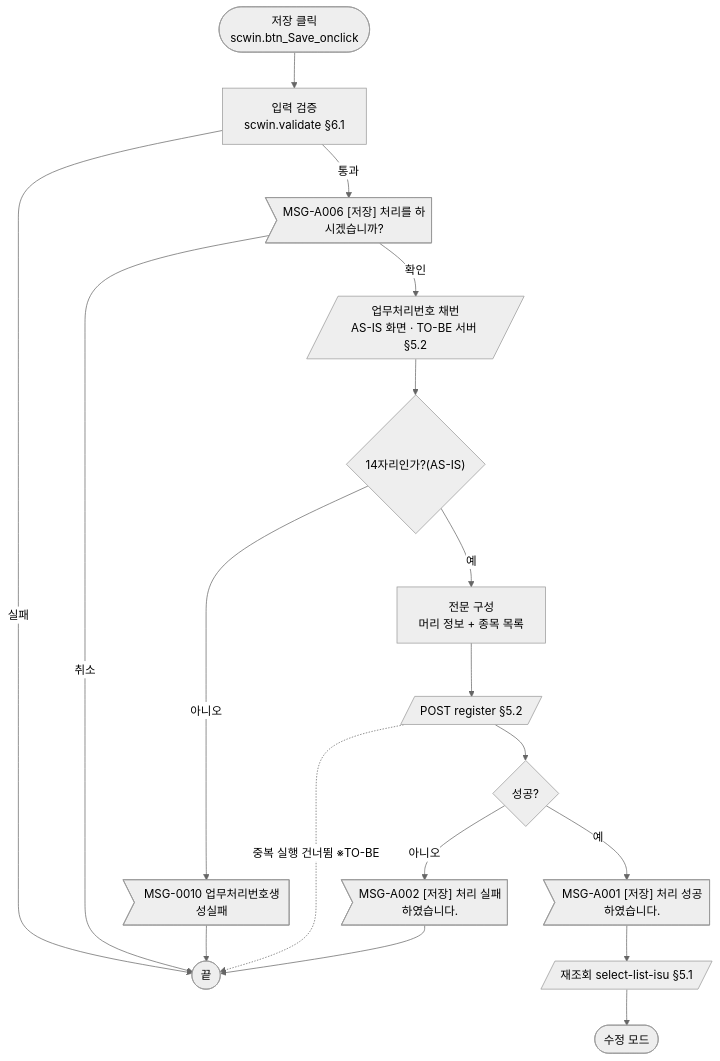
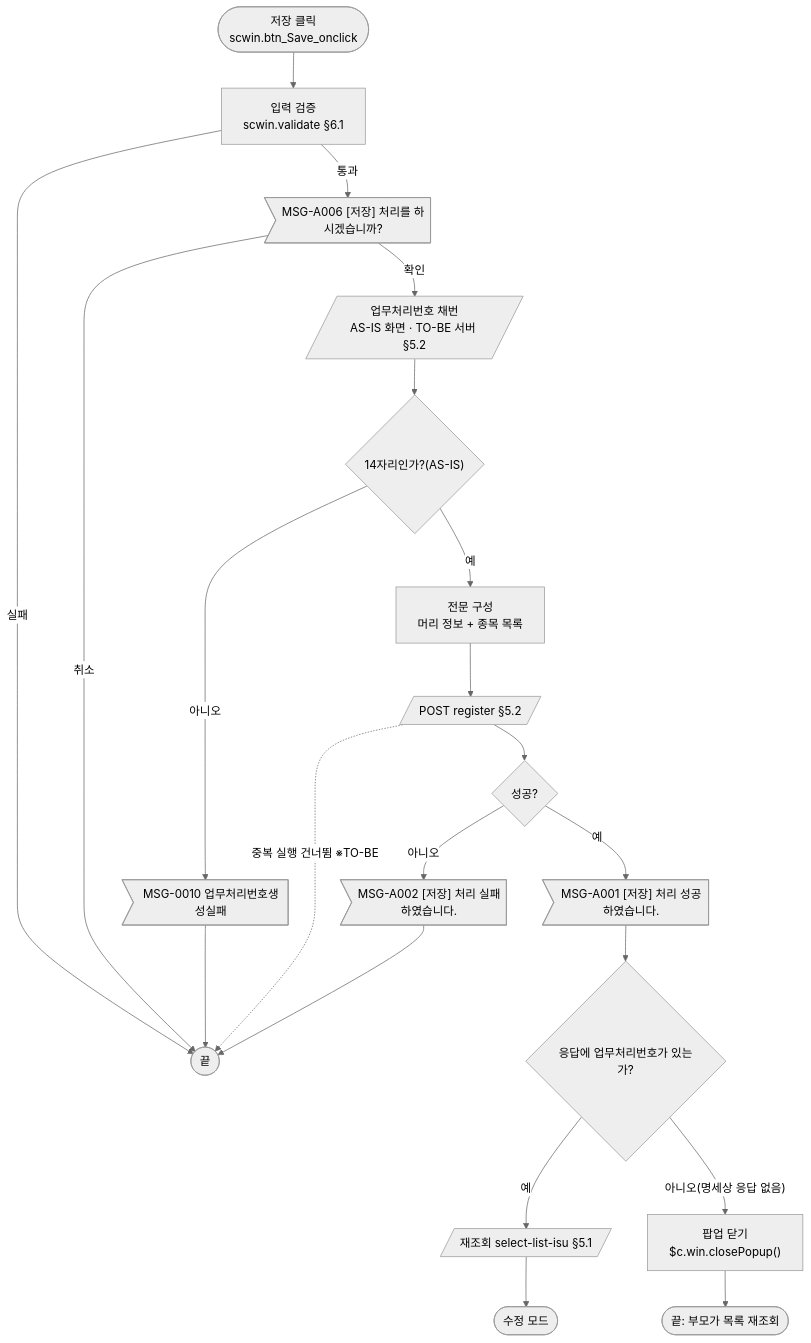
The sixth of 9 diagrams in conversion/gfm-front/ui/ULDSTF05911/ULDSTF05911.md (jcpark-alt/KRX_CRAFT), drawn with Mermaid (neutral theme) before and after one commit. The commit also changed other lines of this file and 2 other files, not shown here.

````diff
--- a/conversion/gfm-front/ui/ULDSTF05911/ULDSTF05911.md
+++ b/conversion/gfm-front/ui/ULDSTF05911/ULDSTF05911.md
@@ -163,16 +163,18 @@
 ```mermaid
 flowchart TD
     S(["저장 클릭<br/>scwin.btn_Save_onclick"]) --> V["입력 검증<br/>scwin.validate §6.1"]
     V -- "실패" --> E1(["끝"])
     V -- "통과" --> C>"MSG-A006 [저장] 처리를 하시겠습니까?"]
     C -- "취소" --> E1
     C -- "확인" --> N[/"업무처리번호 채번<br/>AS-IS 화면 · TO-BE 서버 §5.2"/]
     N --> N1{"14자리인가?(AS-IS)"}
     N1 -- "아니오" --> N2>"MSG-0010 업무처리번호생성실패"] --> E1
     N1 -- "예" --> G["전문 구성<br/>머리 정보 + 종목 목록"]
     G --> T[/"POST register §5.2"/]
     T -. "중복 실행 건너뜀 ※TO-BE" .-> E1
     T --> R{"성공?"}
     R -- "아니오" --> F>"MSG-A002 [저장] 처리 실패하였습니다."] --> E1
-    R -- "예" --> O>"MSG-A001 [저장] 처리 성공하였습니다."] --> Q[/"재조회 select-list-isu §5.1"/] --> E2(["수정 모드"])
+    R -- "예" --> O>"MSG-A001 [저장] 처리 성공하였습니다."] --> K{"응답에 업무처리번호가 있는가?"}
+    K -- "예" --> Q[/"재조회 select-list-isu §5.1"/] --> E2(["수정 모드"])
+    K -- "아니오(명세상 응답 없음)" --> X["팝업 닫기<br/>$c.win.closePopup()"] --> E3(["끝: 부모가 목록 재조회"])
 ```
````
